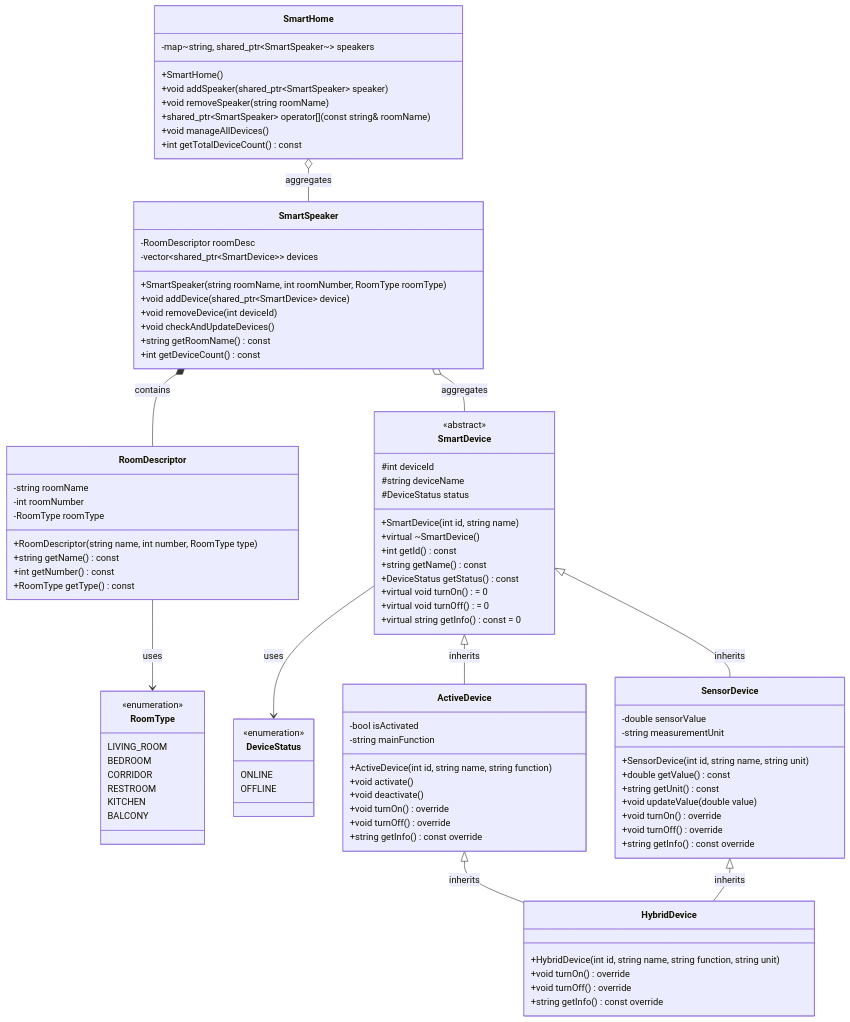
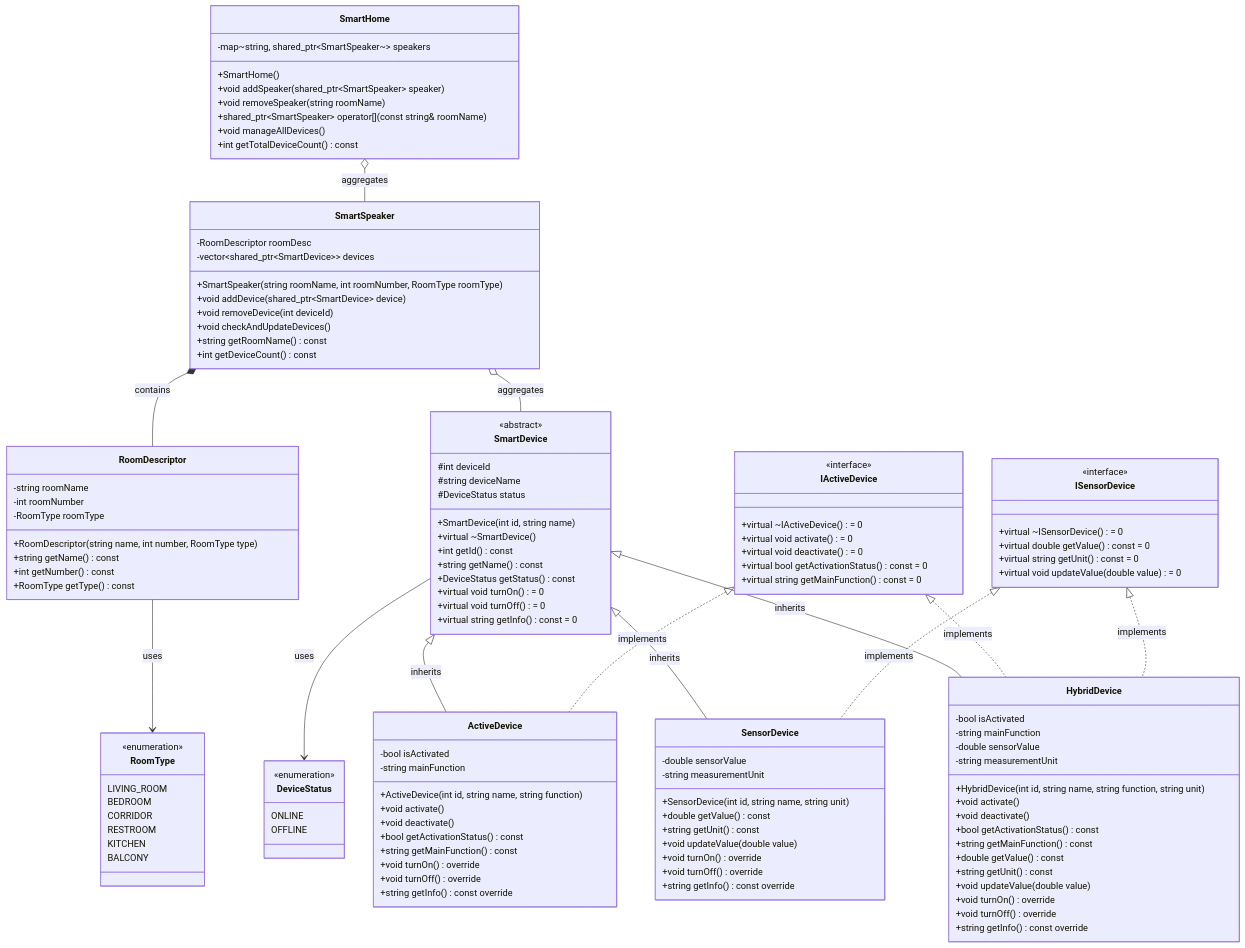
The diagram in README.md (abigotado/smart-house), drawn with Mermaid before and after one commit. The commit also changed other lines of this file and 2 other files, not shown here.

Commit message:
update diagrams

```diff
--- a/README.md
+++ b/README.md
@@ -47,12 +47,31 @@
         +virtual string getInfo() const = 0
     }
     
+    class IActiveDevice {
+        <<interface>>
+        +virtual ~IActiveDevice() = 0
+        +virtual void activate() = 0
+        +virtual void deactivate() = 0
+        +virtual bool getActivationStatus() const = 0
+        +virtual string getMainFunction() const = 0
+    }
+    
+    class ISensorDevice {
+        <<interface>>
+        +virtual ~ISensorDevice() = 0
+        +virtual double getValue() const = 0
+        +virtual string getUnit() const = 0
+        +virtual void updateValue(double value) = 0
+    }
+    
     class ActiveDevice {
         -bool isActivated
         -string mainFunction
         +ActiveDevice(int id, string name, string function)
         +void activate()
         +void deactivate()
+        +bool getActivationStatus() const
+        +string getMainFunction() const
         +void turnOn() override
         +void turnOff() override
         +string getInfo() const override
@@ -71,7 +90,18 @@
     }
     
     class HybridDevice {
+        -bool isActivated
+        -string mainFunction
+        -double sensorValue
+        -string measurementUnit
         +HybridDevice(int id, string name, string function, string unit)
+        +void activate()
+        +void deactivate()
+        +bool getActivationStatus() const
+        +string getMainFunction() const
+        +double getValue() const
+        +string getUnit() const
+        +void updateValue(double value)
         +void turnOn() override
         +void turnOff() override
         +string getInfo() const override
@@ -102,8 +132,11 @@
     SmartDevice --> DeviceStatus : uses
     SmartDevice <|-- ActiveDevice : inherits
     SmartDevice <|-- SensorDevice : inherits
-    ActiveDevice <|-- HybridDevice : inherits
-    SensorDevice <|-- HybridDevice : inherits
+    SmartDevice <|-- HybridDevice : inherits
+    IActiveDevice <|.. ActiveDevice : implements
+    ISensorDevice <|.. SensorDevice : implements
+    IActiveDevice <|.. HybridDevice : implements
+    ISensorDevice <|.. HybridDevice : implements
     SmartSpeaker *-- RoomDescriptor : contains
     SmartSpeaker o-- SmartDevice : aggregates
     SmartHome o-- SmartSpeaker : aggregates
```
